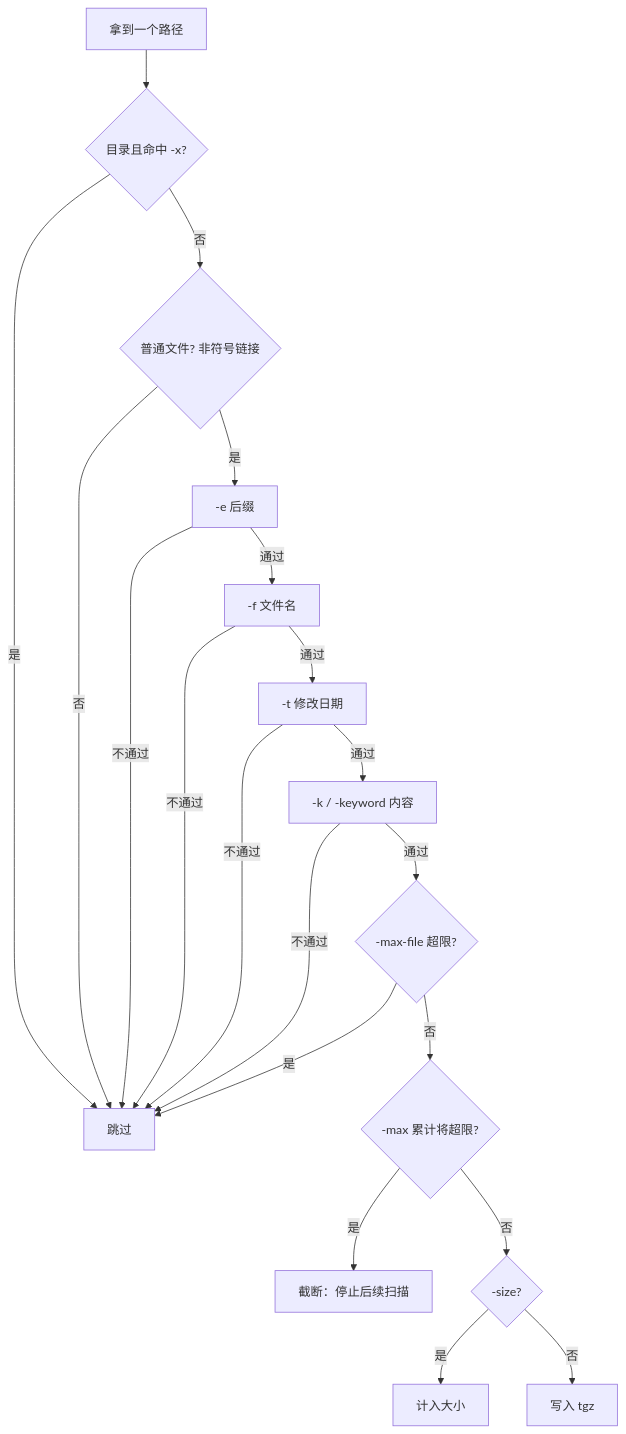
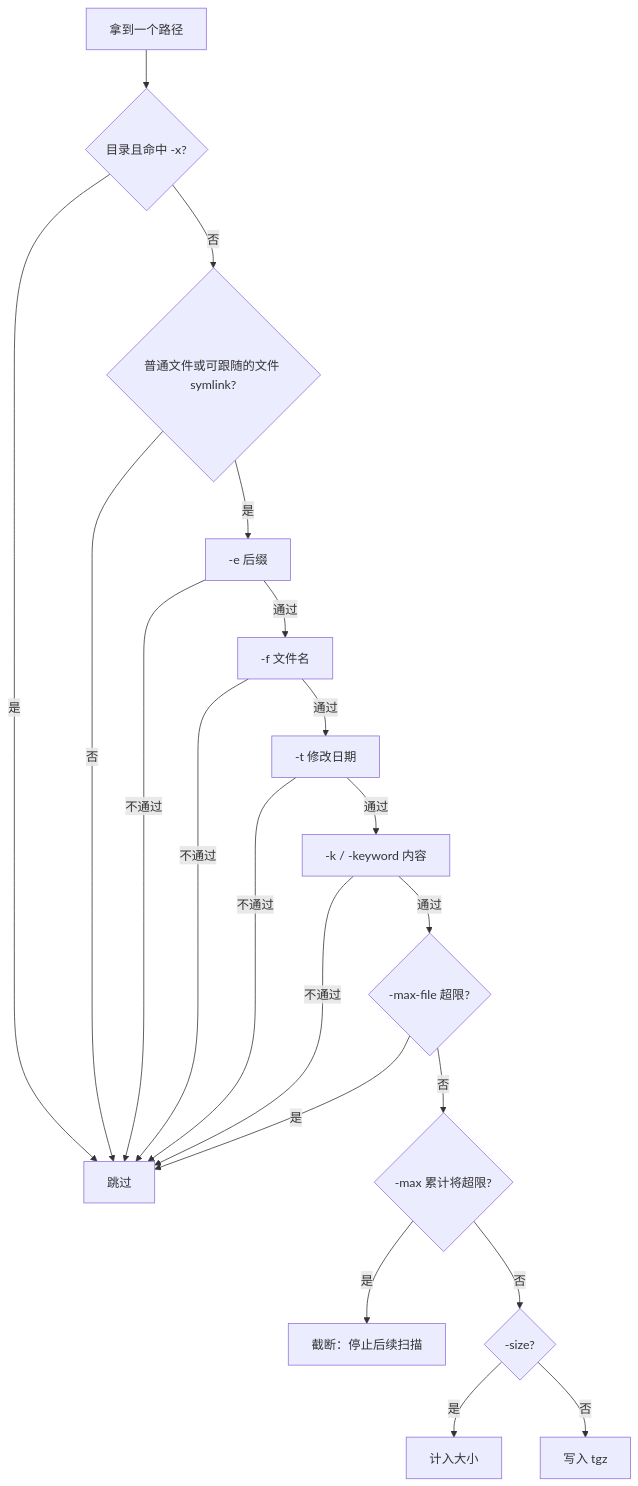
The second of 2 diagrams in README.zh-CN.md (simonlee-hello/Fdoc), drawn with Mermaid before and after one commit. The commit also changed other lines of this file and 3 other files, not shown here.

````diff
--- a/README.zh-CN.md
+++ b/README.zh-CN.md
@@ -51,22 +51,22 @@
 ```mermaid
 flowchart TD
   A[拿到一个路径] --> B{目录且命中 -x?}
   B -->|是| Z1[跳过]
-  B -->|否| C{普通文件? 非符号链接}
+  B -->|否| C{普通文件或可跟随的文件 symlink?}
   C -->|否| Z1
   C -->|是| D[-e 后缀]
   D -->|不通过| Z1
   D -->|通过| E[-f 文件名]
   E -->|不通过| Z1
   E -->|通过| F[-t 修改日期]
   F -->|不通过| Z1
   F -->|通过| G[-k / -keyword 内容]
   G -->|不通过| Z1
   G -->|通过| H{-max-file 超限?}
   H -->|是| Z1
   H -->|否| I{-max 累计将超限?}
   I -->|是| Z2[截断：停止后续扫描]
   I -->|否| J{-size?}
   J -->|是| Z3[计入大小]
   J -->|否| Z4[写入 tgz]
 ```
````
